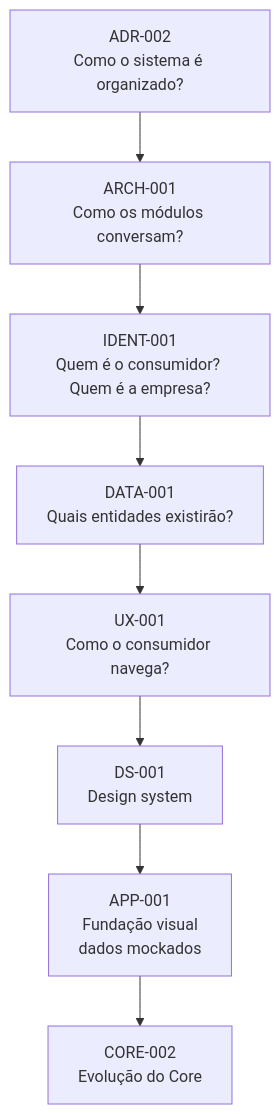
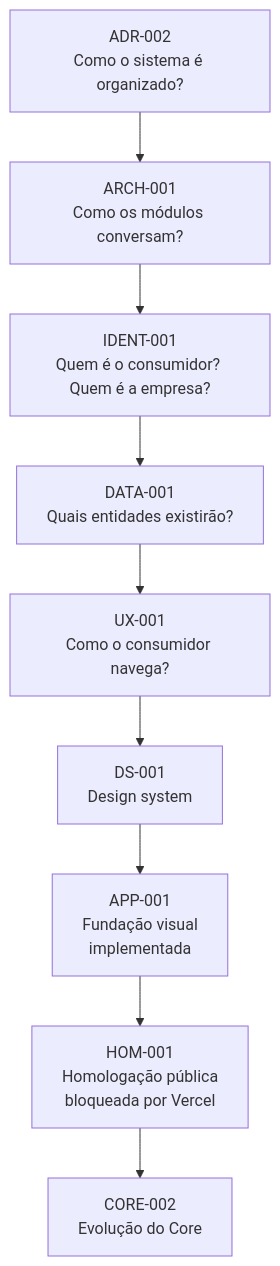
One commit to BrightEcosystem/Bright-Platform changed the diagram in PROJECT-ROADMAP.md. Above: the diagram before and after it, drawn with Mermaid. The commit also changed other lines of this file and 3 other files, not shown here.

First line of the commit message:
docs: corrige status da APP-001 e cria fase HOM-001

````diff
--- a/PROJECT-ROADMAP.md
+++ b/PROJECT-ROADMAP.md
@@ -31,10 +32,11 @@
 ```mermaid
 graph TD
     ADR002[ADR-002<br/>Como o sistema é organizado?] --> ARCH001[ARCH-001<br/>Como os módulos conversam?]
     ARCH001 --> IDENT001[IDENT-001<br/>Quem é o consumidor? Quem é a empresa?]
     IDENT001 --> DATA001[DATA-001<br/>Quais entidades existirão?]
     DATA001 --> UX001[UX-001<br/>Como o consumidor navega?]
     UX001 --> DS001[DS-001<br/>Design system]
-    DS001 --> APP001[APP-001<br/>Fundação visual<br/>dados mockados]
-    APP001 --> CORE002[CORE-002<br/>Evolução do Core]
+    DS001 --> APP001[APP-001<br/>Fundação visual<br/>implementada]
+    APP001 --> HOM001[HOM-001<br/>Homologação pública<br/>bloqueada por Vercel]
+    HOM001 --> CORE002[CORE-002<br/>Evolução do Core]
 ```
````
